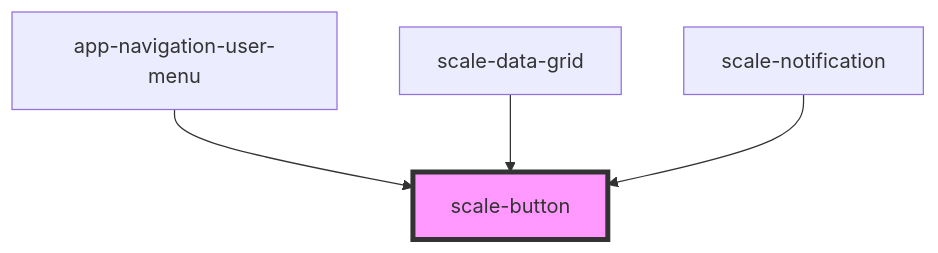
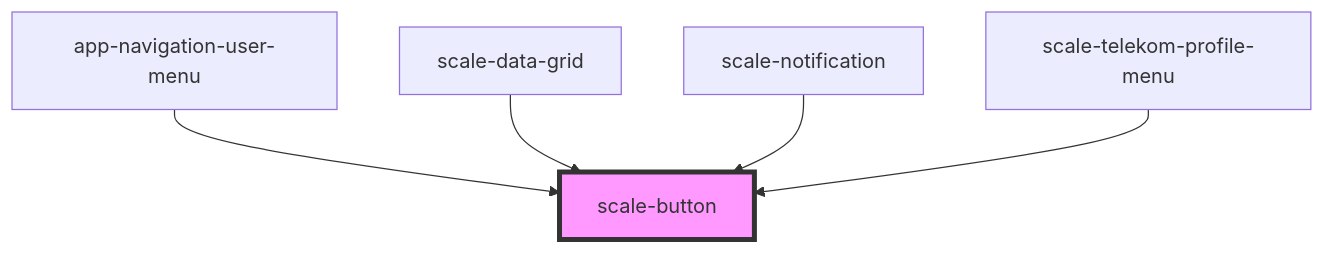
One commit to telekom/scale changed the diagram in packages/components/src/components/button/readme.md. Above: the diagram before and after it, drawn with Mermaid. The commit also changed other lines of this file and 27 other files, not shown here.

Commit message:
fix(telekom-profile-menu): stories and flyout menu fixes (#2273)

````diff
--- a/packages/components/src/components/button/readme.md
+++ b/packages/components/src/components/button/readme.md
@@ -50,7 +51,8 @@
 ```mermaid
 graph TD;
   app-navigation-user-menu --> scale-button
   scale-data-grid --> scale-button
   scale-notification --> scale-button
+  scale-telekom-profile-menu --> scale-button
   style scale-button fill:#f9f,stroke:#333,stroke-width:4px
 ```
````
